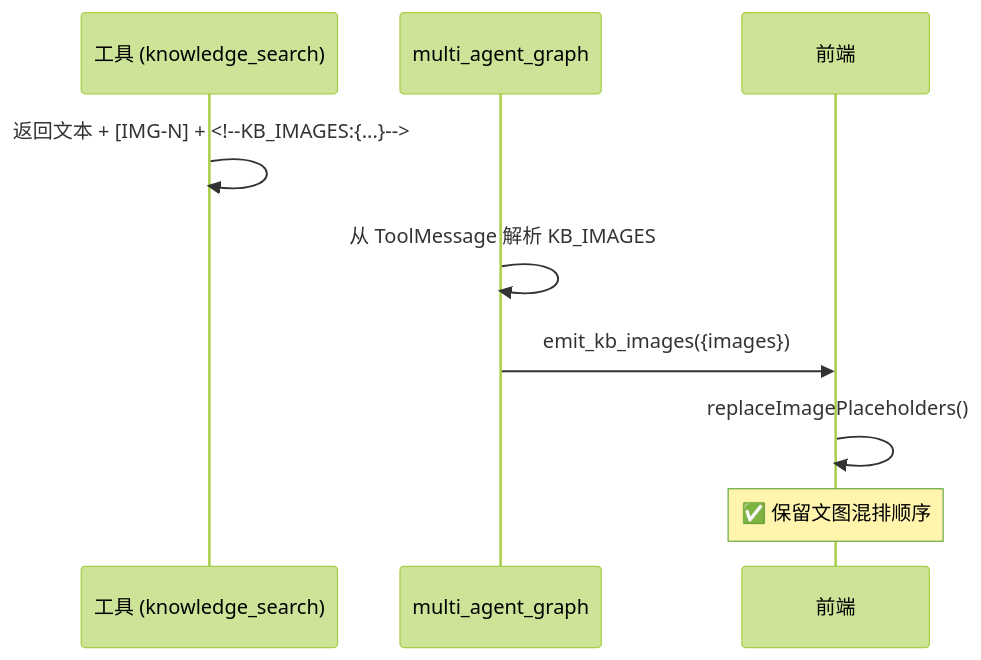
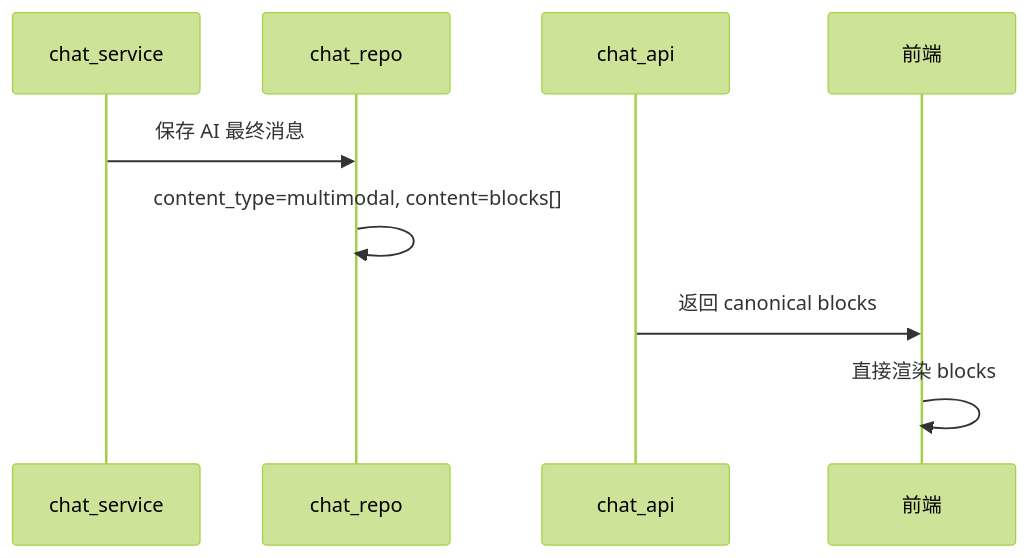
One commit to jijingkun-commits/fastapi changed the fourth of 14 diagrams in docs/开发文档/架构设计/AI模块设计.md. Above: the diagram before and after it, drawn with Mermaid (forest theme). The commit also changed other lines of this file and 26 other files, not shown here.

Commit message:
fix(chat): unify ordered display blocks

````diff
--- a/docs/开发文档/架构设计/AI模块设计.md
+++ b/docs/开发文档/架构设计/AI模块设计.md
@@ -1172,12 +1171,12 @@
 ```mermaid
 sequenceDiagram
-    participant Tool as 工具 (knowledge_search)
-    participant Graph as multi_agent_graph
+    participant Service as chat_service
+    participant Repo as chat_repo
+    participant API as chat_api
     participant Frontend as 前端
 
-    Tool->>Tool: 返回文本 + [IMG-N] + <!--KB_IMAGES:{...}-->
-    Graph->>Graph: 从 ToolMessage 解析 KB_IMAGES
-    Graph->>Frontend: emit_kb_images({images})
-    Frontend->>Frontend: replaceImagePlaceholders()
-    Note over Frontend: ✅ 保留文图混排顺序
+    Service->>Repo: 保存 AI 最终消息
+    Repo->>Repo: content_type=multimodal, content=blocks[]
+    API->>Frontend: 返回 canonical blocks
+    Frontend->>Frontend: 直接渲染 blocks
 ```
````
